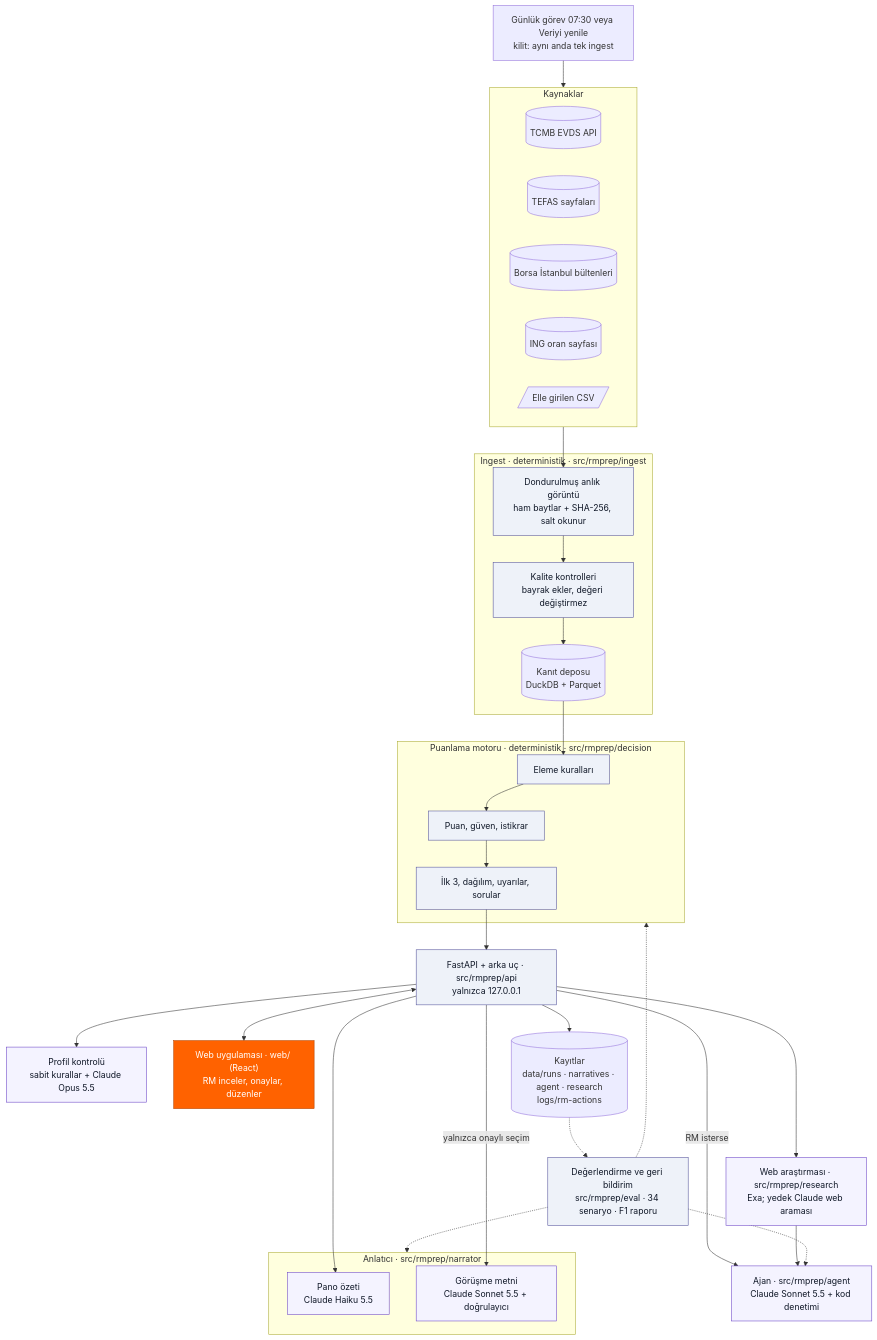
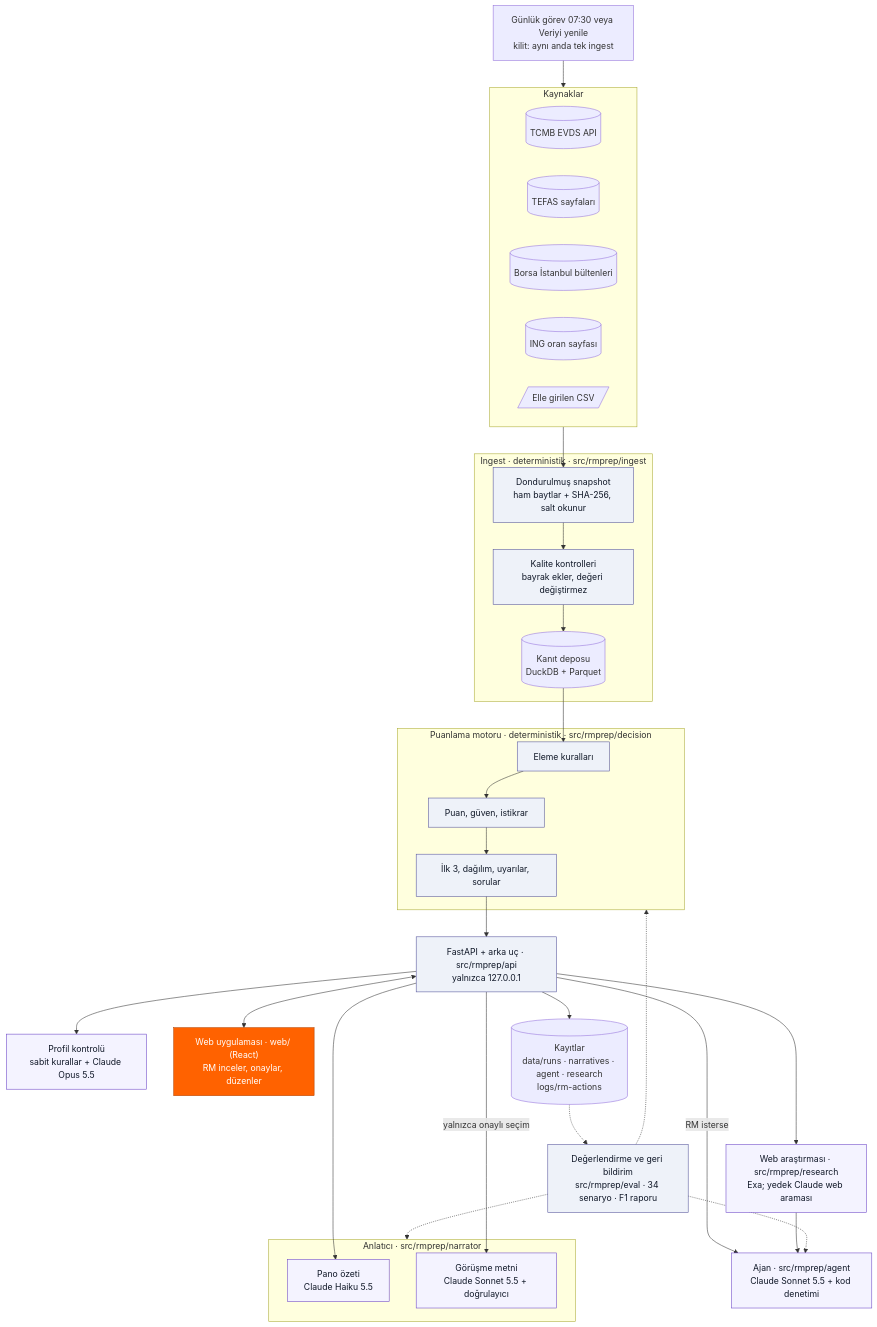
One commit to ArdahanDogru/ing-hackathon-rm-prep changed the third of 6 diagrams in README.md. Above: the diagram before and after it, drawn with Mermaid. The commit also changed other lines of this file, not shown here.

Commit message:
README: snapshot instead of anlık görüntü; typo fixes; the anlatıcı (not the agent) writes the meeting text; 37 runs with a list in the constraint row

````diff
--- a/README.md
+++ b/README.md
@@ -242,53 +242,53 @@
 ```mermaid
 flowchart TB
     JOB["Günlük görev 07:30 veya Veriyi yenile<br/>kilit: aynı anda tek ingest"]
     subgraph SRC["Kaynaklar"]
         direction LR
         EVDS[("TCMB EVDS API")]
         TW[("TEFAS sayfaları")]
         BIST[("Borsa İstanbul bültenleri")]
         INGW[("ING oran sayfası")]
         MAN[/"Elle girilen CSV"/]
     end
     subgraph ING["Ingest · deterministik · src/rmprep/ingest"]
-        SNAP["Dondurulmuş anlık görüntü<br/>ham baytlar + SHA-256, salt okunur"]
+        SNAP["Dondurulmuş snapshot<br/>ham baytlar + SHA-256, salt okunur"]
         QC["Kalite kontrolleri<br/>bayrak ekler, değeri değiştirmez"]
         DB[("Kanıt deposu<br/>DuckDB + Parquet")]
         SNAP --> QC --> DB
     end
     subgraph DEC["Puanlama motoru · deterministik · src/rmprep/decision"]
         RULES["Eleme kuralları"] --> SCORE["Puan, güven, istikrar"] --> TOP["İlk 3, dağılım, uyarılar, sorular"]
     end
     API["FastAPI + arka uç · src/rmprep/api<br/>yalnızca 127.0.0.1"]
     PROF["Profil kontrolü<br/>sabit kurallar + Claude Opus 5.5"]
     RES["Web araştırması · src/rmprep/research<br/>Exa; yedek Claude web araması"]
     AGT["Ajan · src/rmprep/agent<br/>Claude Sonnet 5.5 + kod denetimi"]
     subgraph NAR["Anlatıcı · src/rmprep/narrator"]
         BRIEF["Pano özeti<br/>Claude Haiku 5.5"]
         TEXT["Görüşme metni<br/>Claude Sonnet 5.5 + doğrulayıcı"]
     end
     WEB["Web uygulaması · web/ (React)<br/>RM inceler, onaylar, düzenler"]
     REC[("Kayıtlar<br/>data/runs · narratives · agent · research<br/>logs/rm-actions")]
     EVAL["Değerlendirme ve geri bildirim<br/>src/rmprep/eval · 34 senaryo · F1 raporu"]
     JOB --> SRC --> SNAP
     DB --> RULES
     TOP --> API
     API <--> WEB
     API --> PROF
     API --> RES
     API -- "RM isterse" --> AGT
     RES --> AGT
     API --> BRIEF
     API -- "yalnızca onaylı seçim" --> TEXT
     API --> REC
     EVAL -.-> DEC
     EVAL -.-> NAR
     EVAL -.-> AGT
     REC -.-> EVAL
     classDef code fill:#EEF2F9,stroke:#525199,color:#101828
     classDef ai fill:#F4F3FF,stroke:#6941C6,color:#101828
     classDef human fill:#FF6200,stroke:#B34400,color:#fff
     class SNAP,QC,RULES,SCORE,TOP,API,EVAL code
     class PROF,RES,AGT,BRIEF,TEXT ai
     class WEB human
 ```
````
